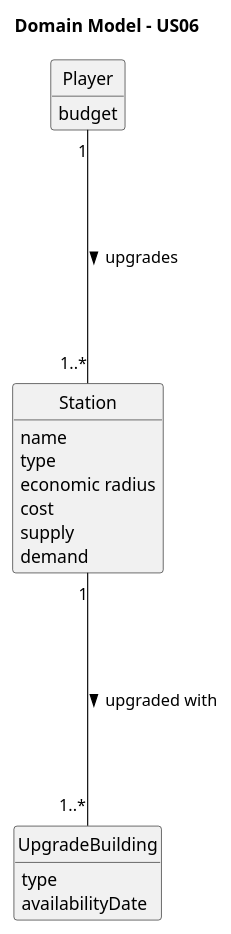
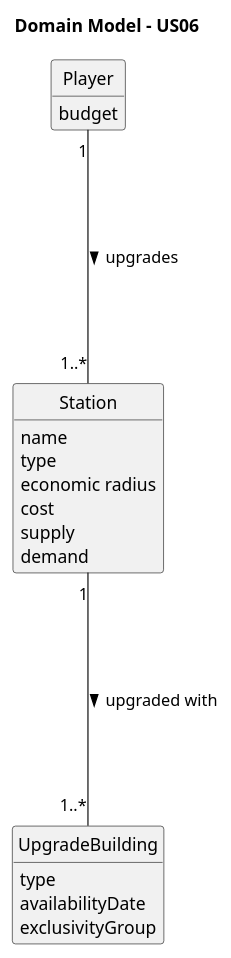
The diagram in docs/system-documentation/sprint 1/US06/02.analysis/puml/US006-DM.puml (Educ00/mdisc-2425), drawn with PlantUML before and after one commit. The commit also changed 16 other files, not shown here.

Commit message:
Full Design documentation process done for US06. Sequence diagram done with the corresponding rationale. Class Diagram also done. All of these documents still to be in revision, to look for further improvements.

```diff
--- a/docs/system-documentation/sprint 1/US06/02.analysis/puml/US006-DM.puml
+++ b/docs/system-documentation/sprint 1/US06/02.analysis/puml/US006-DM.puml
@@ -1,33 +1,34 @@
 @startuml
 
 skinparam monochrome true
 skinparam packageStyle rectangle
 skinparam shadowing false
 skinparam classAttributeIconSize 0
 hide circle
 hide methods
 
 title Domain Model - US06
 
 class Station {
     name
     type
     economic radius
     cost
     supply
     demand
 }
 
 class UpgradeBuilding {
     type
     availabilityDate
+    exclusivityGroup
 }
 
 class Player {
     budget
 }
 
 Station "1" ---- "1..*" UpgradeBuilding : upgraded with >
 Player "1" ---- "1..*" Station : upgrades >
 
 @enduml
```
